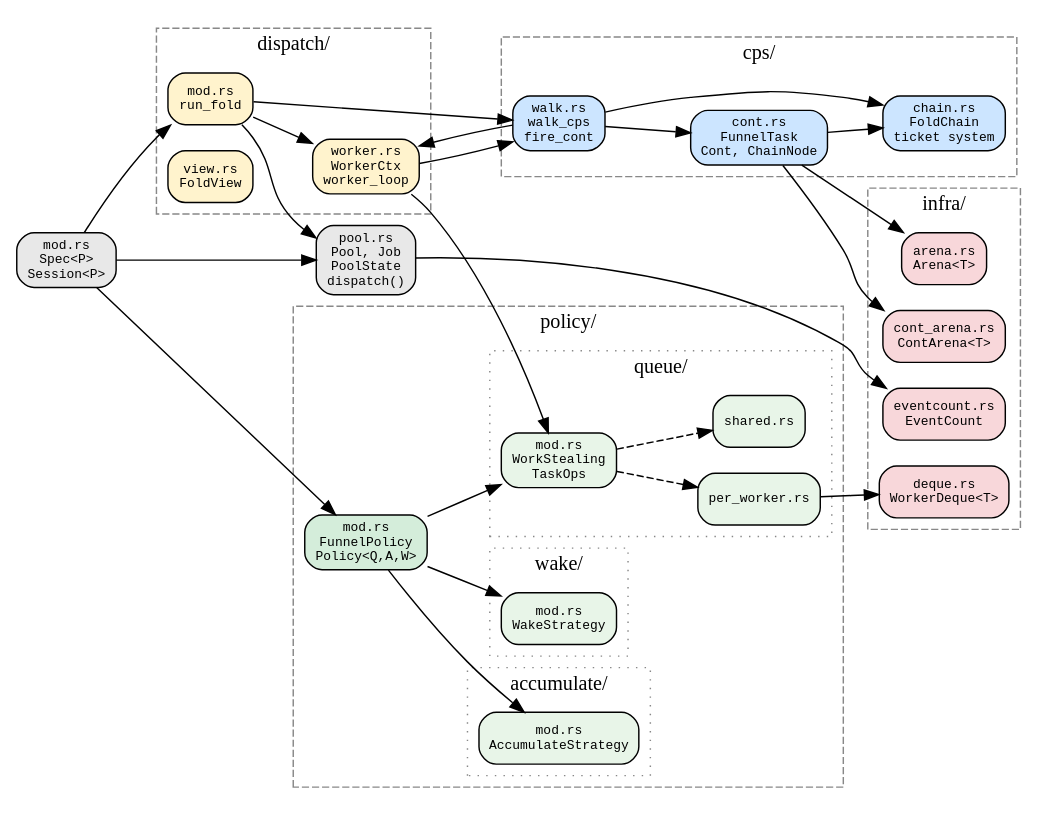
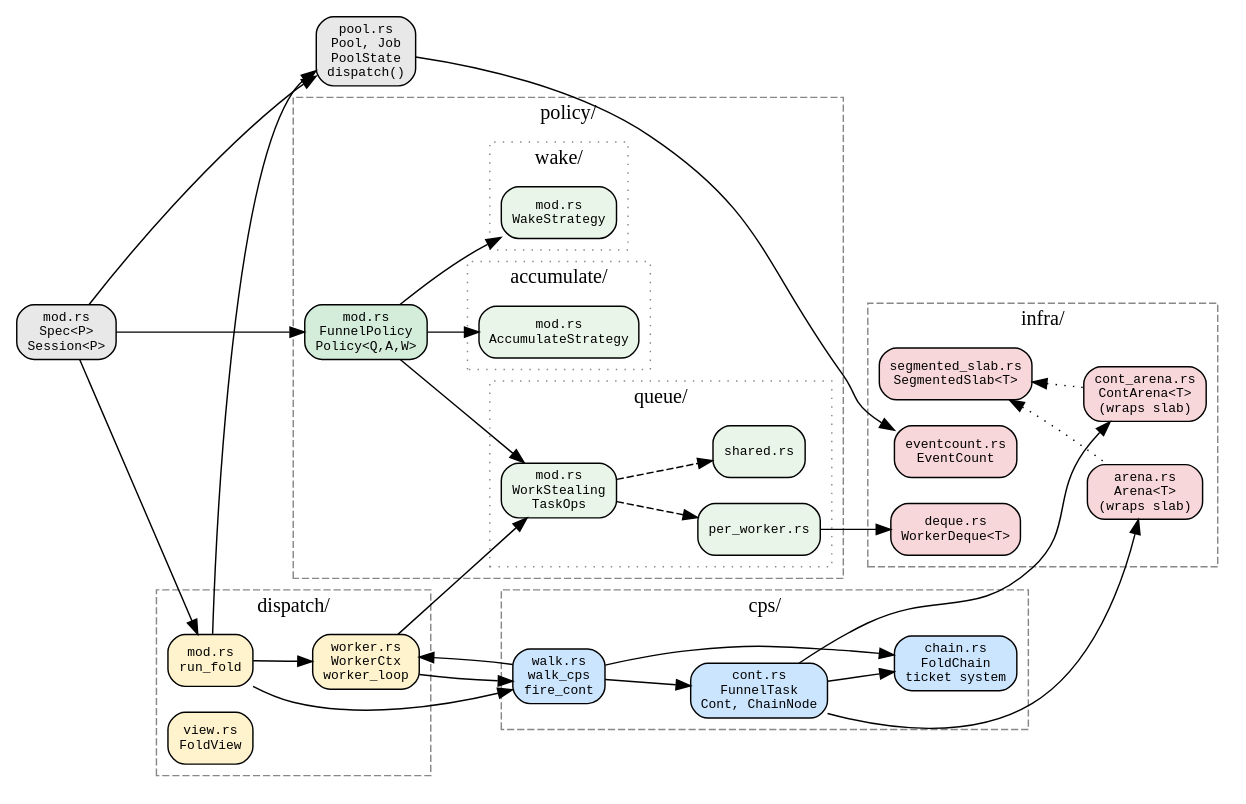
The second of 3 diagrams in book/src/funnel/overview.md (hylic-recursion/hylic-docs), drawn with Graphviz before and after one commit. The commit also changed other lines of this file and 15 other files, not shown here.

````diff
--- a/book/src/funnel/overview.md
+++ b/book/src/funnel/overview.md
@@ -85,61 +89,64 @@
 ```dot process
 digraph {
   rankdir=LR;
   node [shape=box, fontname="monospace", fontsize=9, style="rounded,filled"];
   edge [fontname="monospace", fontsize=8];
 
   subgraph cluster_cps {
     label="cps/"; style=dashed; fillcolor="#f0f0ff"; color="#888888";
     walk [label="walk.rs\nwalk_cps\nfire_cont", fillcolor="#cce5ff"];
     cont [label="cont.rs\nFunnelTask\nCont, ChainNode", fillcolor="#cce5ff"];
     chain [label="chain.rs\nFoldChain\nticket system", fillcolor="#cce5ff"];
   }
 
   subgraph cluster_dispatch {
     label="dispatch/"; style=dashed; fillcolor="#fff8f0"; color="#888888";
     run [label="mod.rs\nrun_fold", fillcolor="#fff3cd"];
     worker [label="worker.rs\nWorkerCtx\nworker_loop", fillcolor="#fff3cd"];
     view [label="view.rs\nFoldView", fillcolor="#fff3cd"];
   }
 
   subgraph cluster_policy {
     label="policy/"; style=dashed; fillcolor="#f0fff0"; color="#888888";
     pmod [label="mod.rs\nFunnelPolicy\nPolicy<Q,A,W>", fillcolor="#d4edda"];
     subgraph cluster_queue {
       label="queue/"; style=dotted;
       qmod [label="mod.rs\nWorkStealing\nTaskOps", fillcolor="#e8f5e8"];
       pw [label="per_worker.rs", fillcolor="#e8f5e8"];
       sh [label="shared.rs", fillcolor="#e8f5e8"];
     }
     subgraph cluster_acc {
       label="accumulate/"; style=dotted;
       amod [label="mod.rs\nAccumulateStrategy", fillcolor="#e8f5e8"];
     }
     subgraph cluster_wake {
       label="wake/"; style=dotted;
       wmod [label="mod.rs\nWakeStrategy", fillcolor="#e8f5e8"];
     }
   }
 
   subgraph cluster_infra {
     label="infra/"; style=dashed; fillcolor="#fff0f0"; color="#888888";
-    arena [label="arena.rs\nArena<T>", fillcolor="#f8d7da"];
-    cont_arena [label="cont_arena.rs\nContArena<T>", fillcolor="#f8d7da"];
+    slab [label="segmented_slab.rs\nSegmentedSlab<T>", fillcolor="#f8d7da"];
+    arena [label="arena.rs\nArena<T>\n(wraps slab)", fillcolor="#f8d7da"];
+    cont_arena [label="cont_arena.rs\nContArena<T>\n(wraps slab)", fillcolor="#f8d7da"];
     deque [label="deque.rs\nWorkerDeque<T>", fillcolor="#f8d7da"];
     ec [label="eventcount.rs\nEventCount", fillcolor="#f8d7da"];
+    slab -> arena [style=dotted, dir=back];
+    slab -> cont_arena [style=dotted, dir=back];
   }
 
   pool [label="pool.rs\nPool, Job\nPoolState\ndispatch()", fillcolor="#e8e8e8"];
   modrs [label="mod.rs\nSpec<P>\nSession<P>", fillcolor="#e8e8e8"];
 
   walk -> cont; walk -> chain; walk -> worker;
   cont -> chain; cont -> arena; cont -> cont_arena;
   run -> walk; run -> worker; run -> pool;
   worker -> walk; worker -> qmod;
   qmod -> pw [style=dashed]; qmod -> sh [style=dashed];
   pw -> deque;
   pool -> ec;
   pmod -> qmod; pmod -> amod; pmod -> wmod;
   modrs -> run; modrs -> pool; modrs -> pmod;
 }
 ```
````
